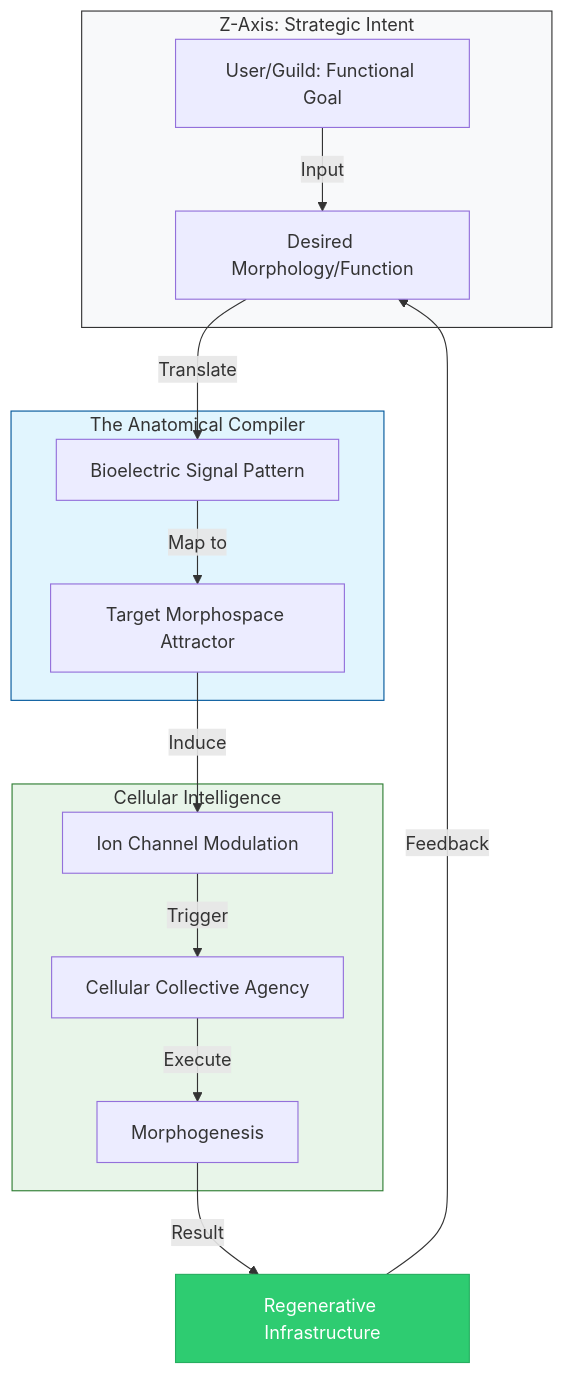
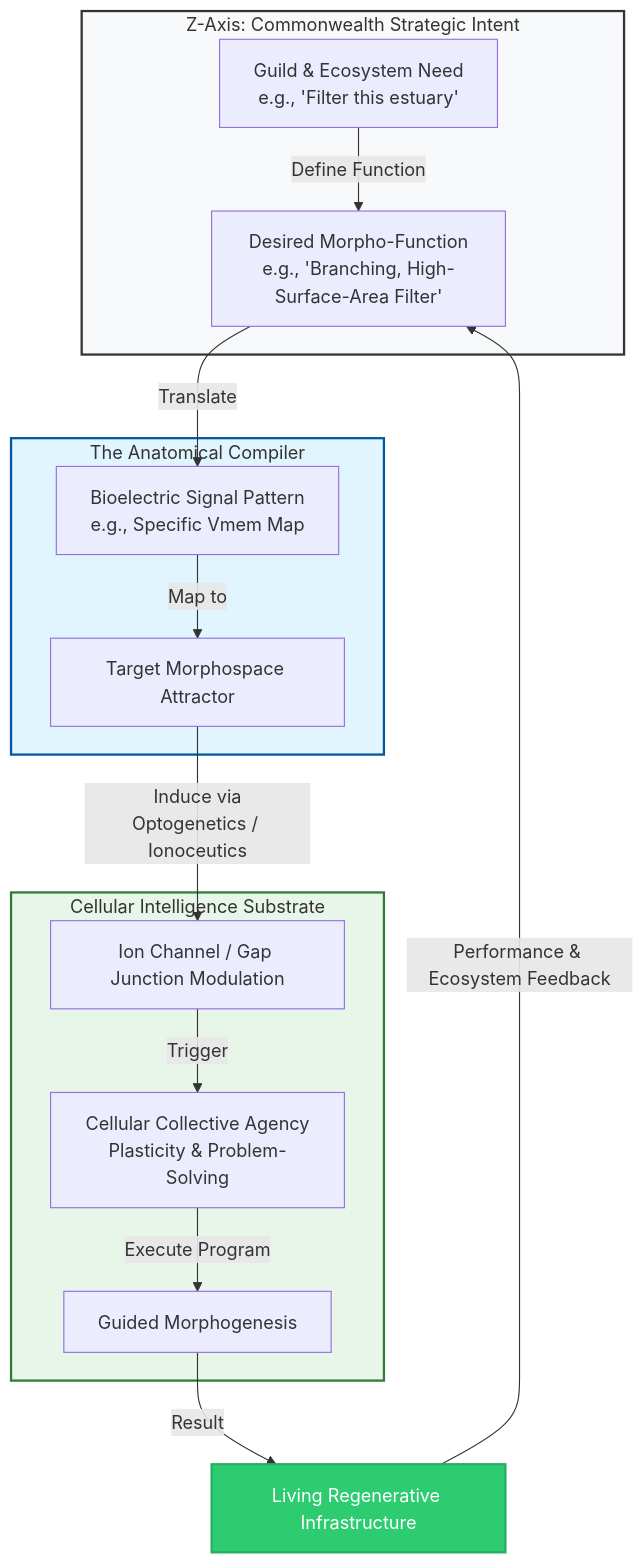
The third of 3 diagrams in appendices/U-post-materialist-morphogenesis.md (ravaioli/solarpunk-mandala), drawn with Mermaid before and after one commit. The commit also changed other lines of this file, not shown here.

````diff
--- a/appendices/U-post-materialist-morphogenesis.md
+++ b/appendices/U-post-materialist-morphogenesis.md
@@ -55,25 +65,36 @@
 ```mermaid
 graph TD
-    subgraph Intent_Layer [Z-Axis: Strategic Intent]
-        User[User/Guild: Functional Goal] -->|Input| Spec[Desired Morphology/Function]
+    %% Define styles for the groups using classDef
+    classDef intentLayer fill:#f8f9fa,stroke:#333,stroke-width:2px
+    classDef compilerLayer fill:#e1f5fe,stroke:#01579b,stroke-width:2px
+    classDef bioMeshLayer fill:#e8f5e9,stroke:#2e7d32,stroke-width:2px
+    classDef infraNode fill:#2ecc71,stroke:#27ae60,stroke-width:2px,color:#fff
+
+    %% Intent Layer (Z-Axis)
+    subgraph Intent_Layer [Z-Axis: Commonwealth Strategic Intent]
+        User[Guild & Ecosystem Need<br>e.g., 'Filter this estuary'] -->|Define Function| Spec[Desired Morpho-Function<br>e.g., 'Branching, High-Surface-Area Filter']
     end
 
+    %% Compiler
     subgraph Compiler [The Anatomical Compiler]
-        Spec -->|Translate| Signal[Bioelectric Signal Pattern]
+        Spec -->|Translate| Signal[Bioelectric Signal Pattern<br>e.g., Specific Vmem Map]
         Signal -->|Map to| Morph[Target Morphospace Attractor]
     end
 
-    subgraph Biological_Mesh [Cellular Intelligence]
-        Morph -->|Induce| Ions[Ion Channel Modulation]
-        Ions -->|Trigger| Col[Cellular Collective Agency]
-        Col -->|Execute| Growth[Morphogenesis]
+    %% Biological Mesh (Cellular Intelligence)
+    subgraph Biological_Mesh [Cellular Intelligence Substrate]
+        Morph -->|Induce via<br>Optogenetics / Ionoceutics| Ions[Ion Channel / Gap Junction Modulation]
+        Ions -->|Trigger| Col[Cellular Collective Agency<br>Plasticity & Problem-Solving]
+        Col -->|Execute Program| Growth[Guided Morphogenesis]
     end
 
-    Growth -->|Result| Infrastructure[Regenerative Infrastructure]
-    Infrastructure -->|Feedback| Spec
+    %% Final Output and Feedback Loop
+    Growth -->|Result| Infrastructure[Living Regenerative Infrastructure]
+    Infrastructure -->|Performance & Ecosystem Feedback| Spec
 
-    style Intent_Layer fill:#f8f9fa,stroke:#333
-    style Compiler fill:#e1f5fe,stroke:#01579b
-    style Biological_Mesh fill:#e8f5e9,stroke:#2e7d32
-    style Infrastructure fill:#2ecc71,stroke:#27ae60,color:#fff
+    %% Apply the styles defined at the top
+    class Intent_Layer intentLayer;
+    class Compiler compilerLayer;
+    class Biological_Mesh bioMeshLayer;
+    class Infrastructure infraNode;
 ```
````
